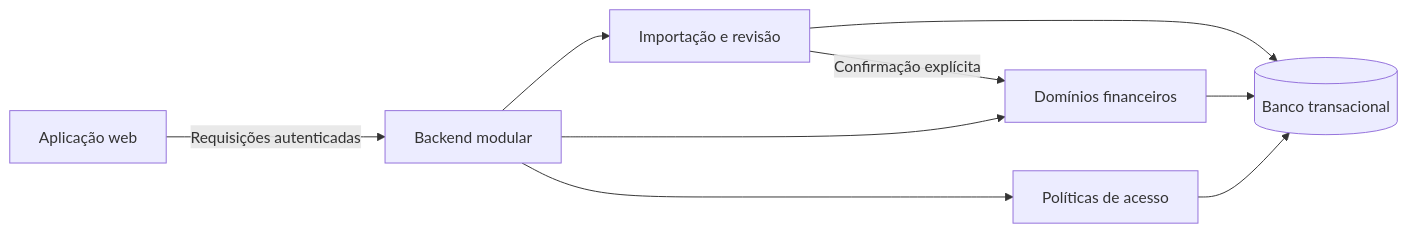
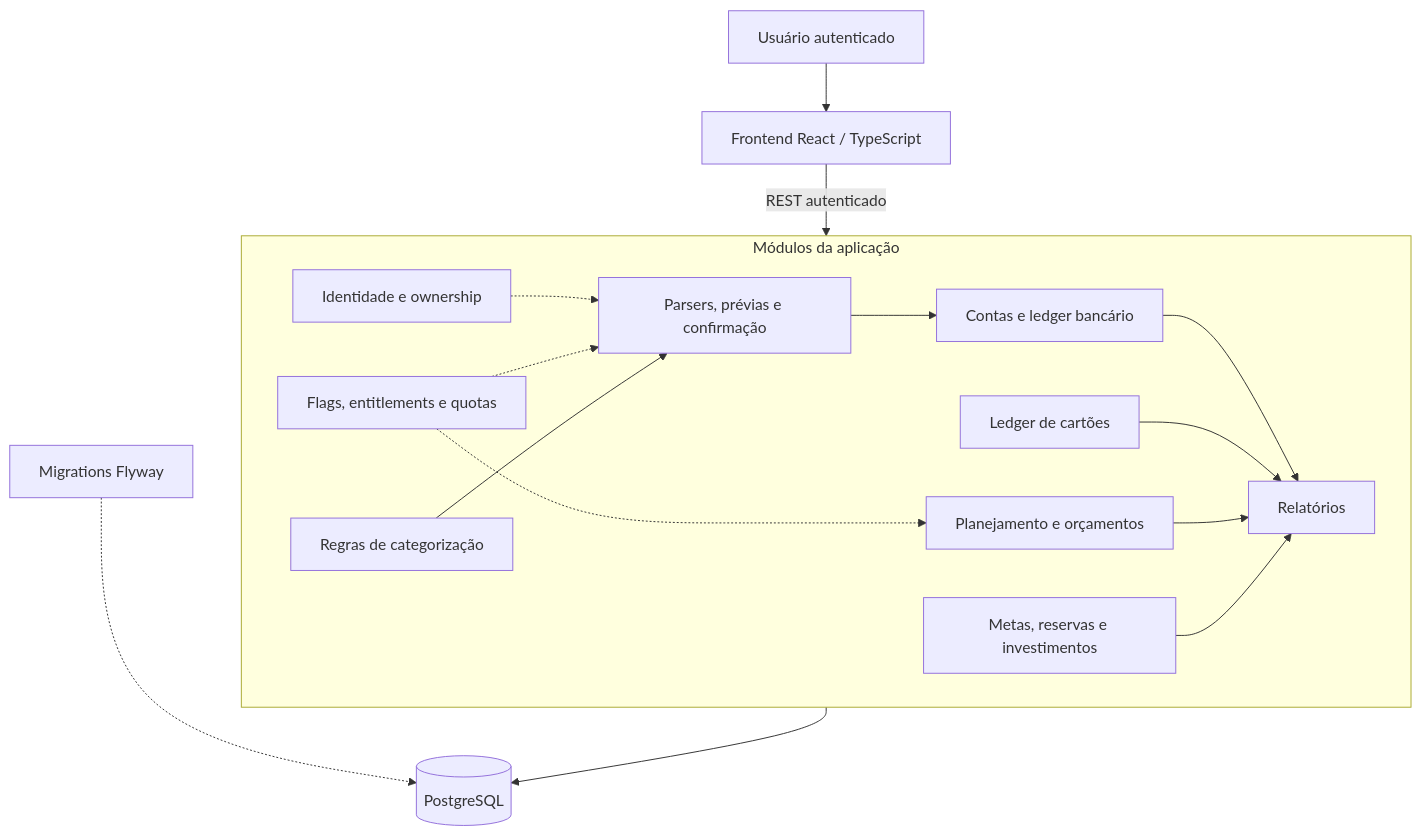
One commit to danilobsilv/BankingIntelligentSheet changed the first of 2 diagrams in README.pt-BR.md. Above: the diagram before and after it, drawn with Mermaid. The commit also changed other lines of this file and 5 other files, not shown here.

Commit message:
docs: publish engineering-first architecture case study

````diff
--- a/README.pt-BR.md
+++ b/README.pt-BR.md
@@ -40,11 +32,27 @@
 ```mermaid
-flowchart LR
-    UI[Aplicação web] -->|Requisições autenticadas| API[Backend modular]
-    API --> I[Importação e revisão]
-    API --> F[Domínios financeiros]
-    API --> A[Políticas de acesso]
-    I --> DB[(Banco transacional)]
-    F --> DB
-    A --> DB
-    I -->|Confirmação explícita| F
+flowchart TB
+    U[Usuário autenticado] --> WEB[Frontend React / TypeScript]
+    WEB -->|REST autenticado| API[Monólito modular Spring Boot]
+    subgraph API[Módulos da aplicação]
+      AUTH[Identidade e ownership]
+      IMPORT[Parsers, prévias e confirmação]
+      BANK[Contas e ledger bancário]
+      CARD[Ledger de cartões]
+      PLAN[Planejamento e orçamentos]
+      WEALTH[Metas, reservas e investimentos]
+      RULES[Regras de categorização]
+      ACCESS[Flags, entitlements e quotas]
+      REPORT[Relatórios]
+    end
+    AUTH -.-> IMPORT
+    ACCESS -.-> PLAN
+    ACCESS -.-> IMPORT
+    IMPORT --> BANK
+    BANK --> REPORT
+    CARD --> REPORT
+    PLAN --> REPORT
+    WEALTH --> REPORT
+    RULES --> IMPORT
+    API --> DB[(PostgreSQL)]
+    MIG[Migrations Flyway] -.-> DB
 ```
````
